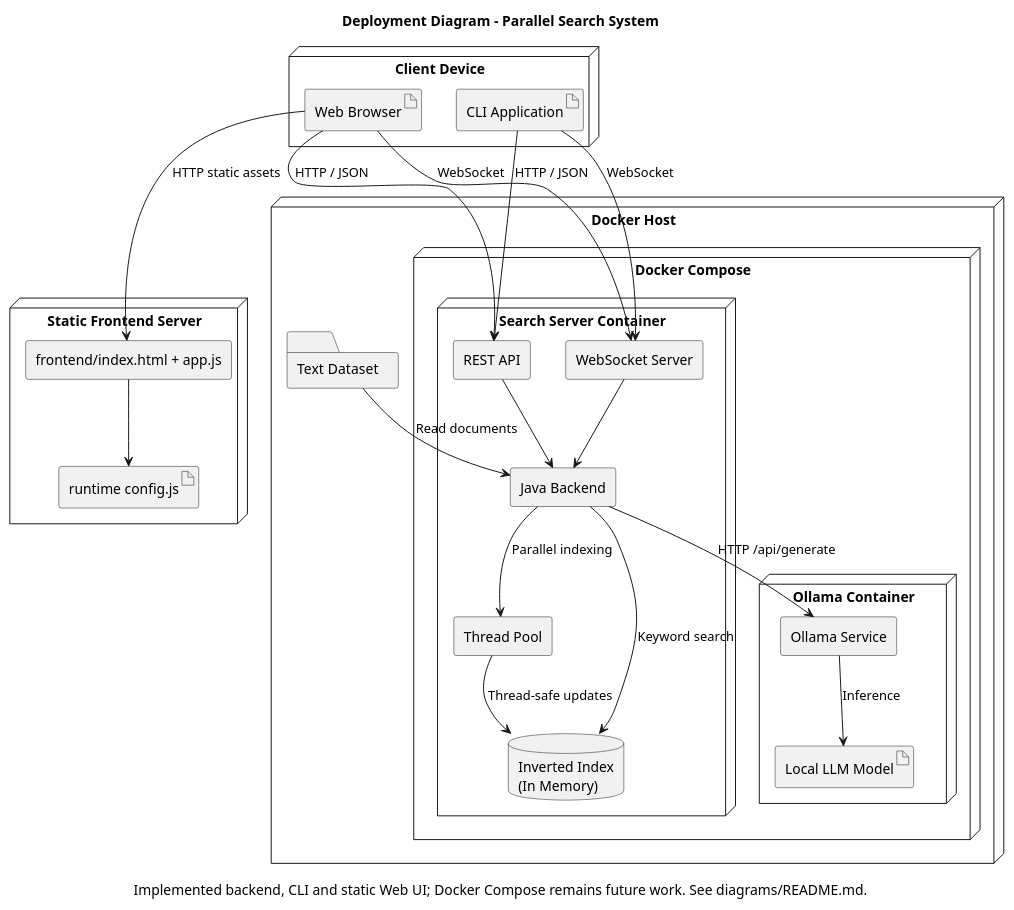
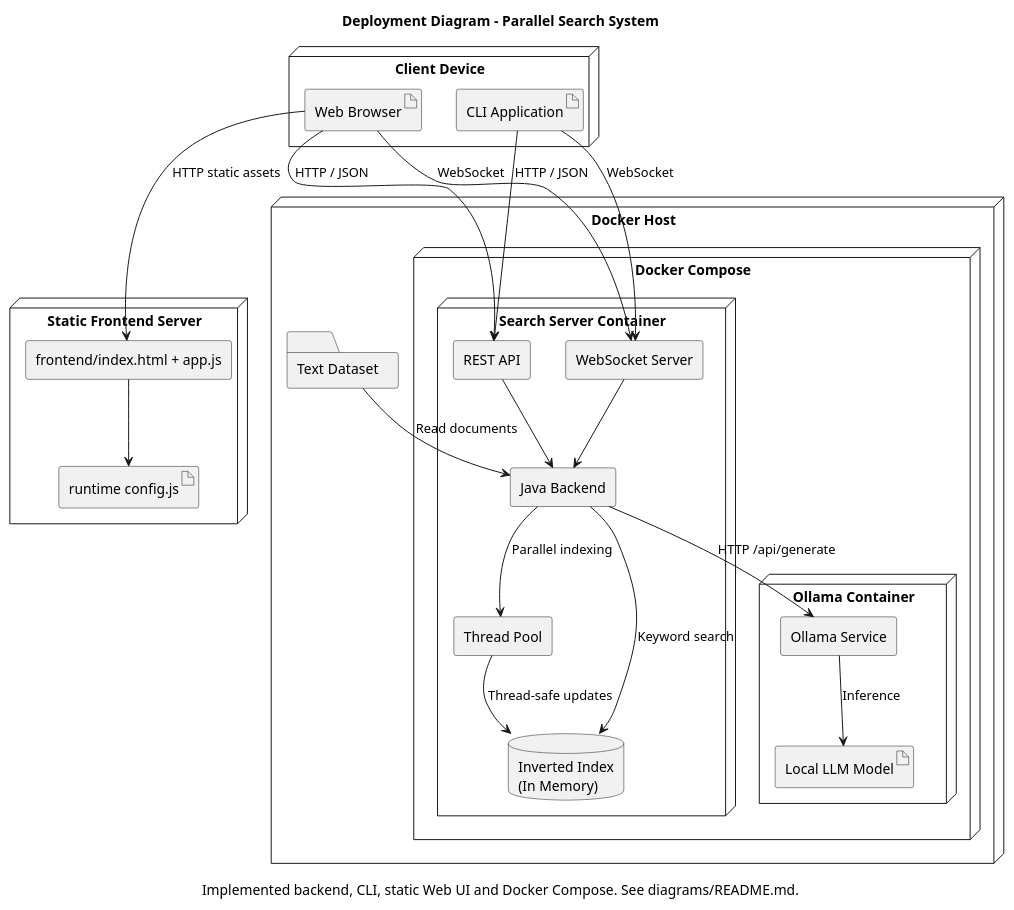
Before and after one commit to bebroidrur/Coursework_Parallel_Computing: the diagram in diagrams/deployment_diagram.puml, drawn with PlantUML. The commit also changed 47 other files, not shown here.

```diff
--- a/diagrams/deployment_diagram.puml
+++ b/diagrams/deployment_diagram.puml
@@ -1,57 +1,57 @@
 @startuml
-caption Implemented backend, CLI and static Web UI; Docker Compose remains future work. See diagrams/README.md.
+caption Implemented backend, CLI, static Web UI and Docker Compose. See diagrams/README.md.
 title Deployment Diagram - Parallel Search System
 
 skinparam shadowing false
 skinparam componentStyle rectangle
 
 node "Client Device" {
   artifact "Web Browser" as Browser
   artifact "CLI Application" as CLI
 }
 
 node "Static Frontend Server" {
   component "frontend/index.html + app.js" as Frontend
   artifact "runtime config.js" as FrontendConfig
 }
 
 node "Docker Host" {
 
   node "Docker Compose" {
 
     node "Search Server Container" {
       component "Java Backend" as Backend
       component "REST API" as REST
       component "WebSocket Server" as WS
       component "Thread Pool" as Pool
       database "Inverted Index\n(In Memory)" as Index
     }
 
     node "Ollama Container" {
       component "Ollama Service" as Ollama
       artifact "Local LLM Model" as Model
     }
 
   }
 
   folder "Text Dataset" as Dataset
 }
 
 Browser --> REST : HTTP / JSON
 Browser --> Frontend : HTTP static assets
 Frontend --> FrontendConfig
 CLI --> REST : HTTP / JSON
 Browser --> WS : WebSocket
 CLI --> WS : WebSocket
 
 REST --> Backend
 WS --> Backend
 
 Backend --> Pool : Parallel indexing
 Pool --> Index : Thread-safe updates
 Backend --> Index : Keyword search
 Backend --> Ollama : HTTP /api/generate
 Ollama --> Model : Inference
 
 Dataset --> Backend : Read documents
 @enduml
```
